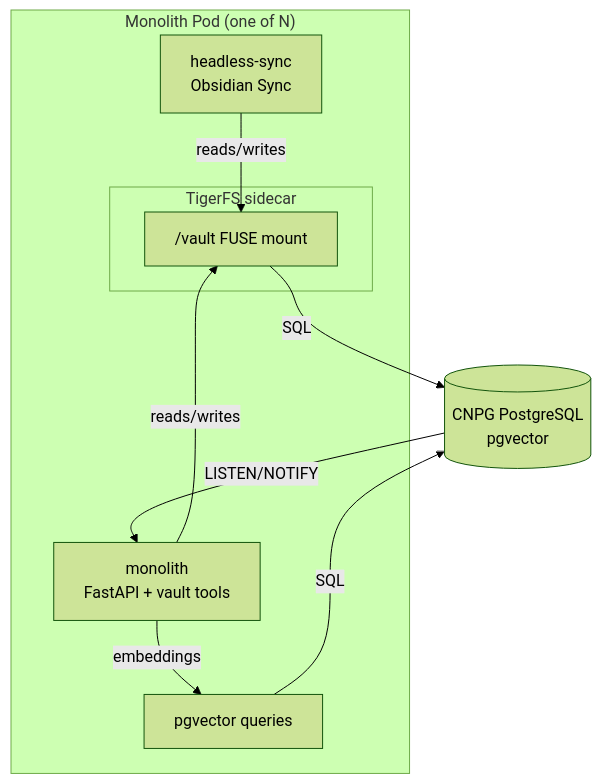
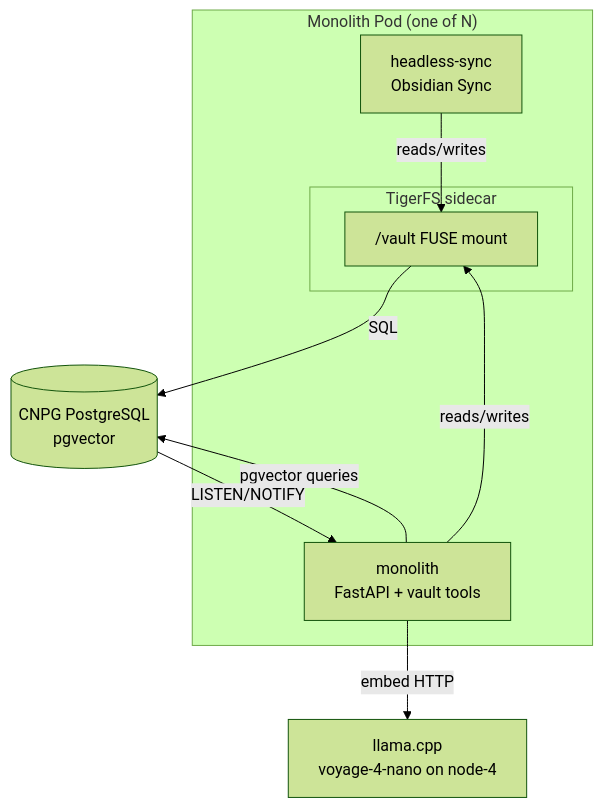
One commit to jomcgi/homelab changed the first of 2 diagrams in docs/decisions/platform/001-obsidian-vault-monolith-migration.md. Above: the diagram before and after it, drawn with Mermaid (forest theme). The commit also changed other lines of this file, not shown here.

First line of the commit message:
docs(adr): simplify to single-phase, use voyage-4-nano

````diff
--- a/docs/decisions/platform/001-obsidian-vault-monolith-migration.md
+++ b/docs/decisions/platform/001-obsidian-vault-monolith-migration.md
@@ -58,16 +58,16 @@
 ```mermaid
 graph TB
     subgraph "Monolith Pod (one of N)"
         HS[headless-sync<br/>Obsidian Sync] -->|reads/writes| FUSE
         MO[monolith<br/>FastAPI + vault tools] -->|reads/writes| FUSE
-        MO -->|embeddings| PGV[pgvector queries]
 
         subgraph "TigerFS sidecar"
             FUSE["/vault FUSE mount"]
         end
     end
 
     FUSE -->|SQL| PG[(CNPG PostgreSQL<br/>pgvector)]
-    PGV -->|SQL| PG
+    MO -->|embed HTTP| LLAMA[llama.cpp<br/>voyage-4-nano on node-4]
+    MO -->|pgvector queries| PG
     PG -->|LISTEN/NOTIFY| MO
 ```
````
